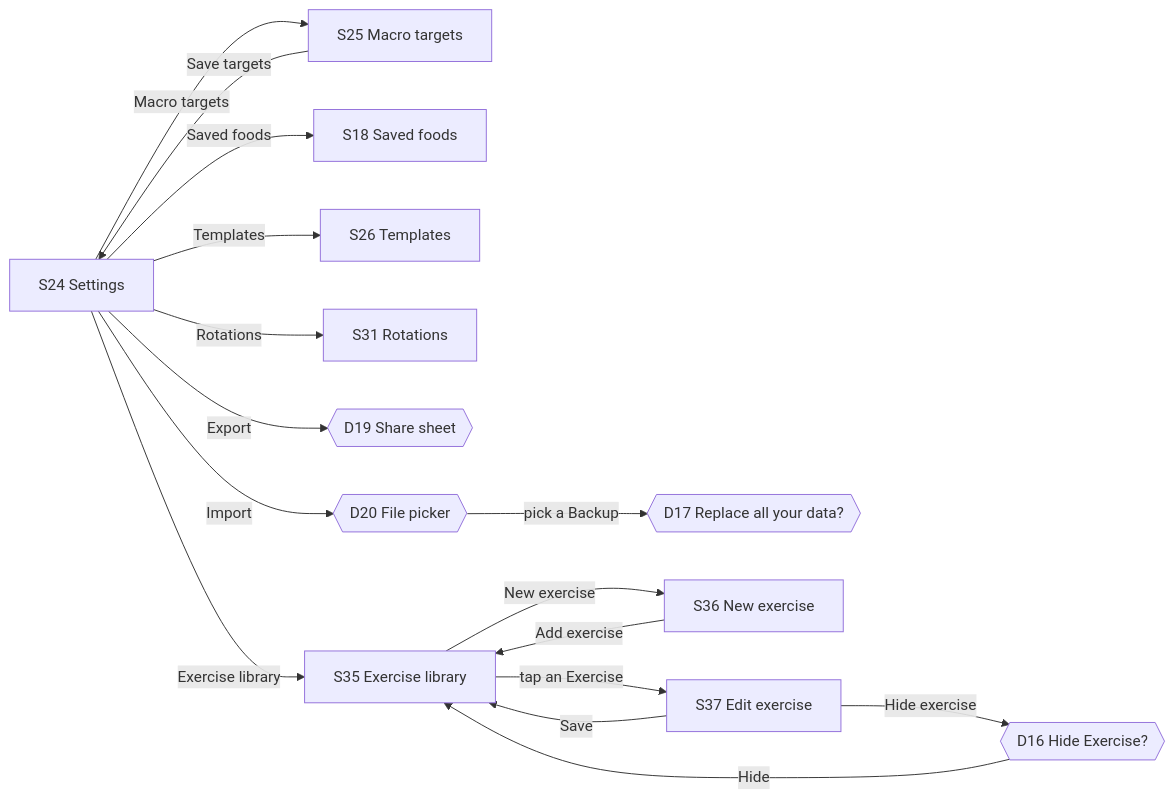
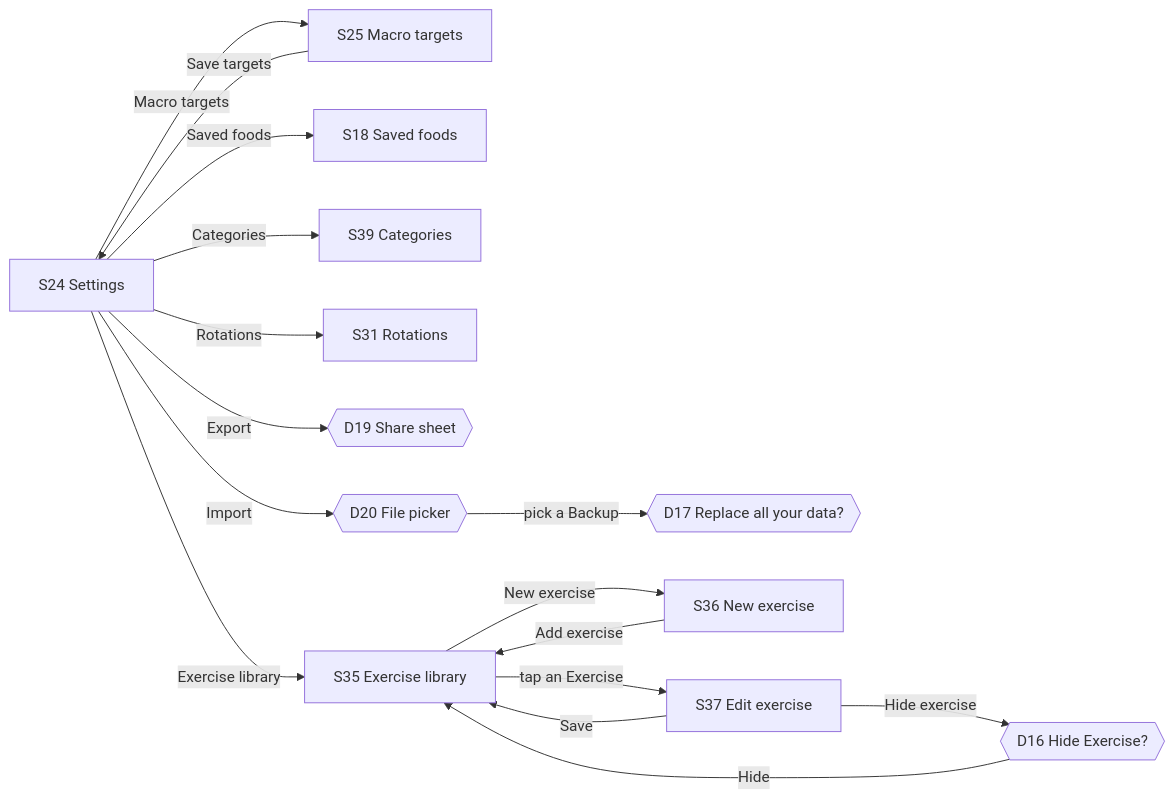
One commit to kwanlokto/greater-than-zero changed the eighth of 9 diagrams in docs/user-flows.md. Above: the diagram before and after it, drawn with Mermaid. The commit also changed other lines of this file and 65 other files, not shown here.

First line of the commit message:
Replace Templates with Categories

````diff
--- a/docs/user-flows.md
+++ b/docs/user-flows.md
@@ -222,18 +220,18 @@
 ```mermaid
 flowchart LR
   S24["S24 Settings"] -->|Macro targets| S25["S25 Macro targets"]
   S25 -->|Save targets| S24
   S24 -->|Saved foods| S18["S18 Saved foods"]
-  S24 -->|Templates| S26["S26 Templates"]
+  S24 -->|Categories| S39["S39 Categories"]
   S24 -->|Rotations| S31["S31 Rotations"]
   S24 -->|Export| D19{{"D19 Share sheet"}}
   S24 -->|Import| D20{{"D20 File picker"}}
   D20 -->|pick a Backup| D17{{"D17 Replace all your data?"}}
   S24 -->|Exercise library| S35["S35 Exercise library"]
   S35 -->|New exercise| S36["S36 New exercise"]
   S35 -->|tap an Exercise| S37["S37 Edit exercise"]
   S36 -->|Add exercise| S35
   S37 -->|Save| S35
   S37 -->|Hide exercise| D16{{"D16 Hide Exercise?"}}
   D16 -->|Hide| S35
 ```
````
